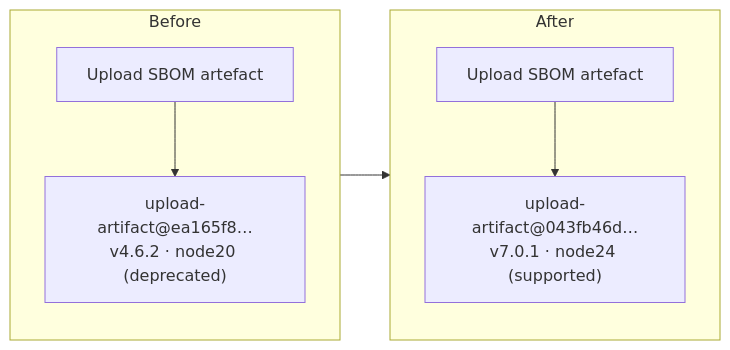
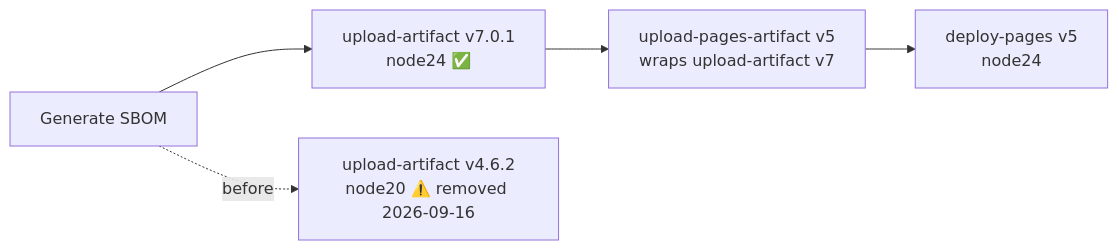
One commit to stSoftwareAU/NEAT-AI-Explore changed the diagram in docs/archive/pr-summaries/pr-summary-555.md. Above: the diagram before and after it, drawn with Mermaid. The commit also changed other lines of this file, not shown here.

````diff
--- a/docs/archive/pr-summaries/pr-summary-555.md
+++ b/docs/archive/pr-summaries/pr-summary-555.md
@@ -32,10 +35,7 @@
 ```mermaid
 flowchart LR
-    subgraph before [Before]
-        A[Upload SBOM artefact] --> B["upload-artifact@ea165f8…<br/>v4.6.2 · node20 (deprecated)"]
-    end
-    subgraph after [After]
-        C[Upload SBOM artefact] --> D["upload-artifact@043fb46d…<br/>v7.0.1 · node24 (supported)"]
-    end
-    before --> after
+    sbom[Generate SBOM] --> up["upload-artifact v7.0.1<br/>node24 ✅"]
+    sbom -.->|before| old["upload-artifact v4.6.2<br/>node20 ⚠️ removed 2026-09-16"]
+    up --> pages["upload-pages-artifact v5<br/>wraps upload-artifact v7"]
+    pages --> deploy["deploy-pages v5<br/>node24"]
 ```
````
